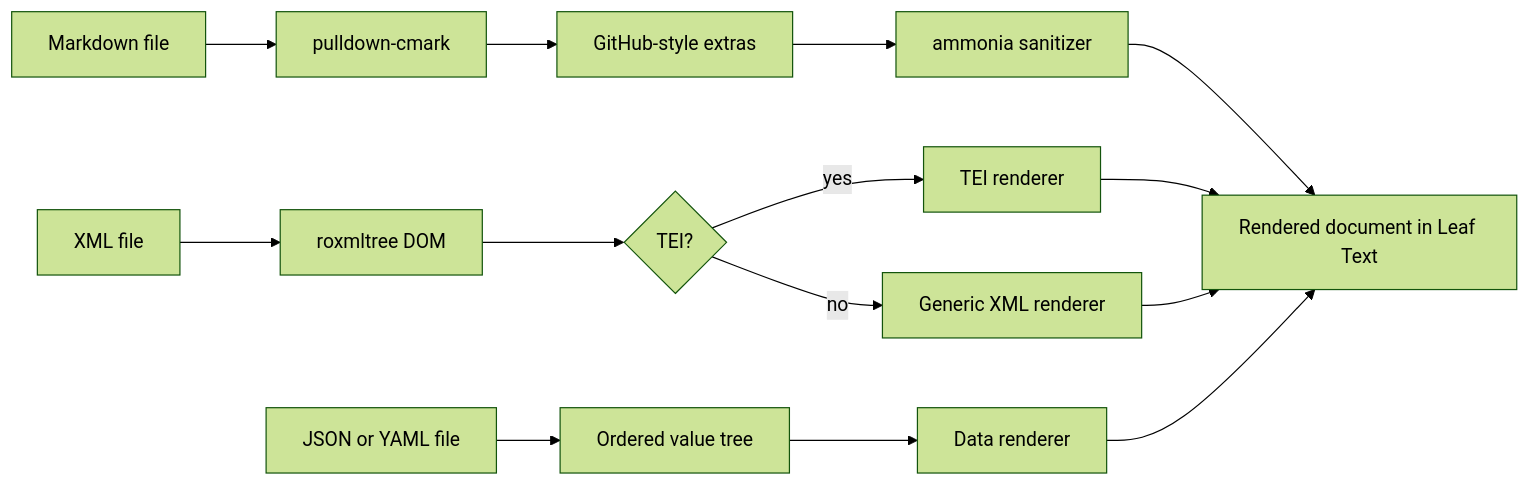
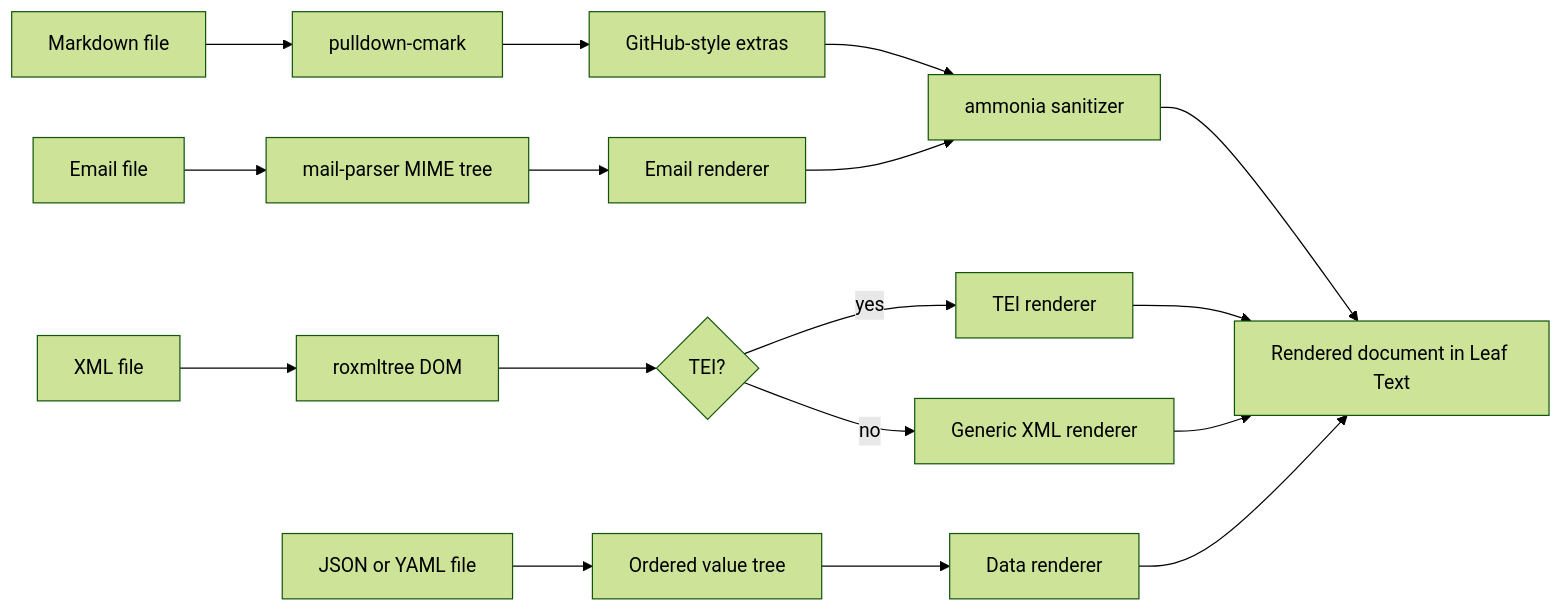
The first of 3 diagrams in docs/01-features/01-rendering.md (ryanallen/leaftext), drawn with Mermaid (forest theme) before and after one commit. The commit also changed other lines of this file and 21 other files, not shown here.

````diff
--- a/docs/01-features/01-rendering.md
+++ b/docs/01-features/01-rendering.md
@@ -24,16 +25,19 @@
 ```mermaid
 flowchart LR
     A[Markdown file] --> B[pulldown-cmark]
     B --> C[GitHub-style extras]
     C --> D[ammonia sanitizer]
     D --> E[Rendered document in Leaf Text]
     F[XML file] --> G[roxmltree DOM]
     G --> H{TEI?}
     H -->|yes| I[TEI renderer]
     H -->|no| J[Generic XML renderer]
     I --> E
     J --> E
     K[JSON or YAML file] --> L[Ordered value tree]
     L --> M[Data renderer]
     M --> E
+    N[Email file] --> O[mail-parser MIME tree]
+    O --> P[Email renderer]
+    P --> D
 ```
````
